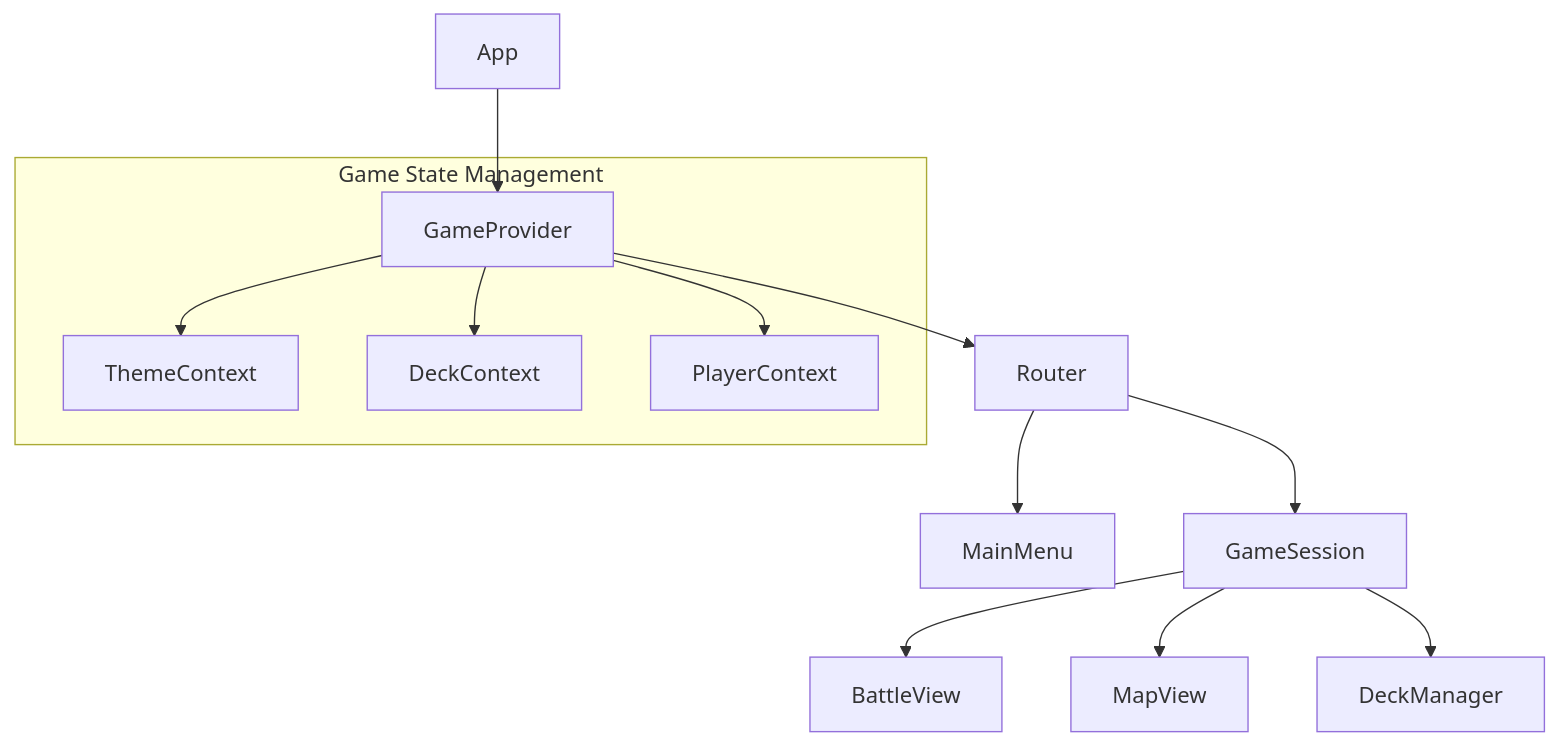
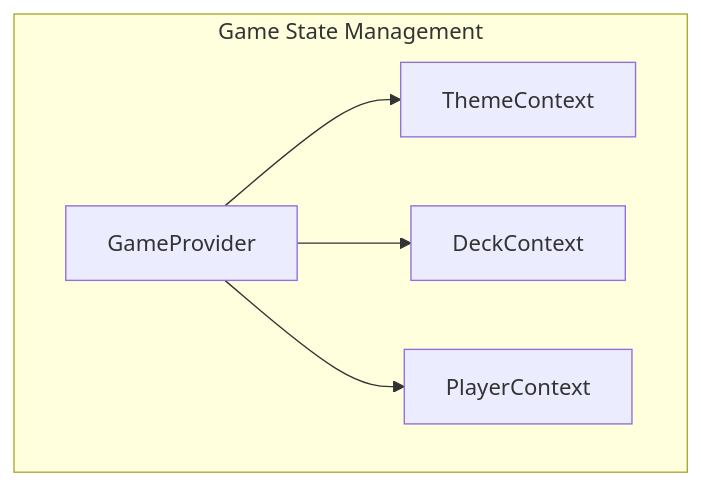
The second of 3 diagrams in Design/frontendHighLevel.md (Samuelk-Chase/CS3450-Software-Engineering), drawn with Mermaid before and after one commit. The commit also changed other lines of this file, not shown here.

Commit message:
Updated diagrams

````diff
--- a/Design/frontendHighLevel.md
+++ b/Design/frontendHighLevel.md
@@ -76,16 +76,10 @@
 ```mermaid
 graph TB
-    App --> GameProvider
-    GameProvider --> Router
-    Router --> MainMenu
-    Router --> GameSession
-    GameSession --> BattleView
-    GameSession --> MapView
-    GameSession --> DeckManager
+    
     
     subgraph "Game State Management"
         GameProvider --> ThemeContext
         GameProvider --> DeckContext
         GameProvider --> PlayerContext
     end
 ```
````
